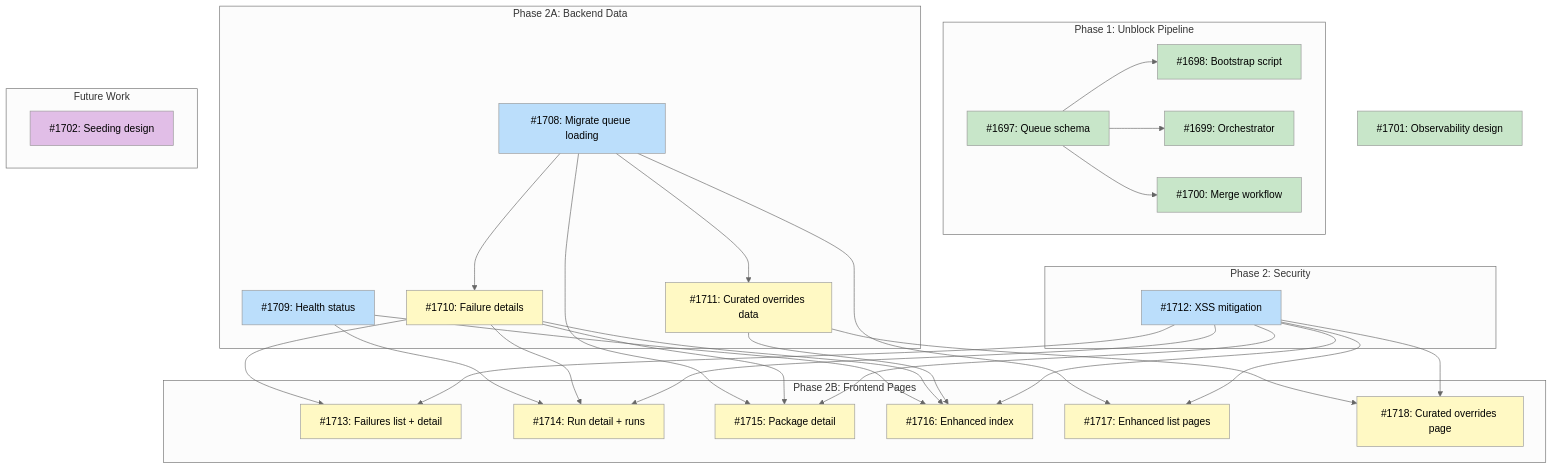
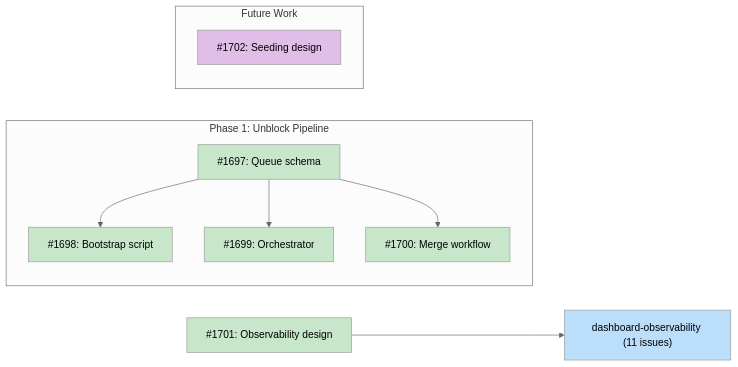
One commit to tsukumogami/tsuku changed the first of 4 diagrams in docs/designs/DESIGN-pipeline-dashboard.md. Above: the diagram before and after it, drawn with Mermaid (neutral theme). The commit also changed other lines of this file, not shown here.

Commit message:
docs(pipeline-dashboard): simplify milestone reference to single node

````diff
--- a/docs/designs/DESIGN-pipeline-dashboard.md
+++ b/docs/designs/DESIGN-pipeline-dashboard.md
@@ -81,67 +54,30 @@
 ```mermaid
-graph TD
+graph LR
     subgraph Phase1["Phase 1: Unblock Pipeline"]
         I1697["#1697: Queue schema"]
         I1698["#1698: Bootstrap script"]
         I1699["#1699: Orchestrator"]
         I1700["#1700: Merge workflow"]
     end
 
     I1701["#1701: Observability design"]
-
-    subgraph Phase2A["Phase 2A: Backend Data"]
-        I1708["#1708: Migrate queue loading"]
-        I1709["#1709: Health status"]
-        I1710["#1710: Failure details"]
-        I1711["#1711: Curated overrides data"]
-    end
-
-    subgraph Phase2S["Phase 2: Security"]
-        I1712["#1712: XSS mitigation"]
-    end
-
-    subgraph Phase2B["Phase 2B: Frontend Pages"]
-        I1713["#1713: Failures list + detail"]
-        I1714["#1714: Run detail + runs"]
-        I1715["#1715: Package detail"]
-        I1716["#1716: Enhanced index"]
-        I1717["#1717: Enhanced list pages"]
-        I1718["#1718: Curated overrides page"]
-    end
+    M84["dashboard-observability (11 issues)"]
 
     subgraph Future["Future Work"]
         I1702["#1702: Seeding design"]
     end
 
     I1697 --> I1698
     I1697 --> I1699
     I1697 --> I1700
-    I1708 --> I1710
-    I1708 --> I1711
-    I1708 --> I1715
-    I1708 --> I1717
-    I1710 --> I1713
-    I1712 --> I1713
-    I1709 --> I1714
-    I1710 --> I1714
-    I1712 --> I1714
-    I1710 --> I1715
-    I1712 --> I1715
-    I1709 --> I1716
-    I1710 --> I1716
-    I1711 --> I1716
-    I1712 --> I1716
-    I1712 --> I1717
-    I1711 --> I1718
-    I1712 --> I1718
+    I1701 --> M84
 
     classDef done fill:#c8e6c9
     classDef ready fill:#bbdefb
     classDef blocked fill:#fff9c4
     classDef needsDesign fill:#e1bee7
 
     class I1697,I1698,I1699,I1700,I1701 done
-    class I1708,I1709,I1712 ready
-    class I1710,I1711,I1713,I1714,I1715,I1716,I1717,I1718 blocked
+    class M84 ready
     class I1702 needsDesign
 ```
````
